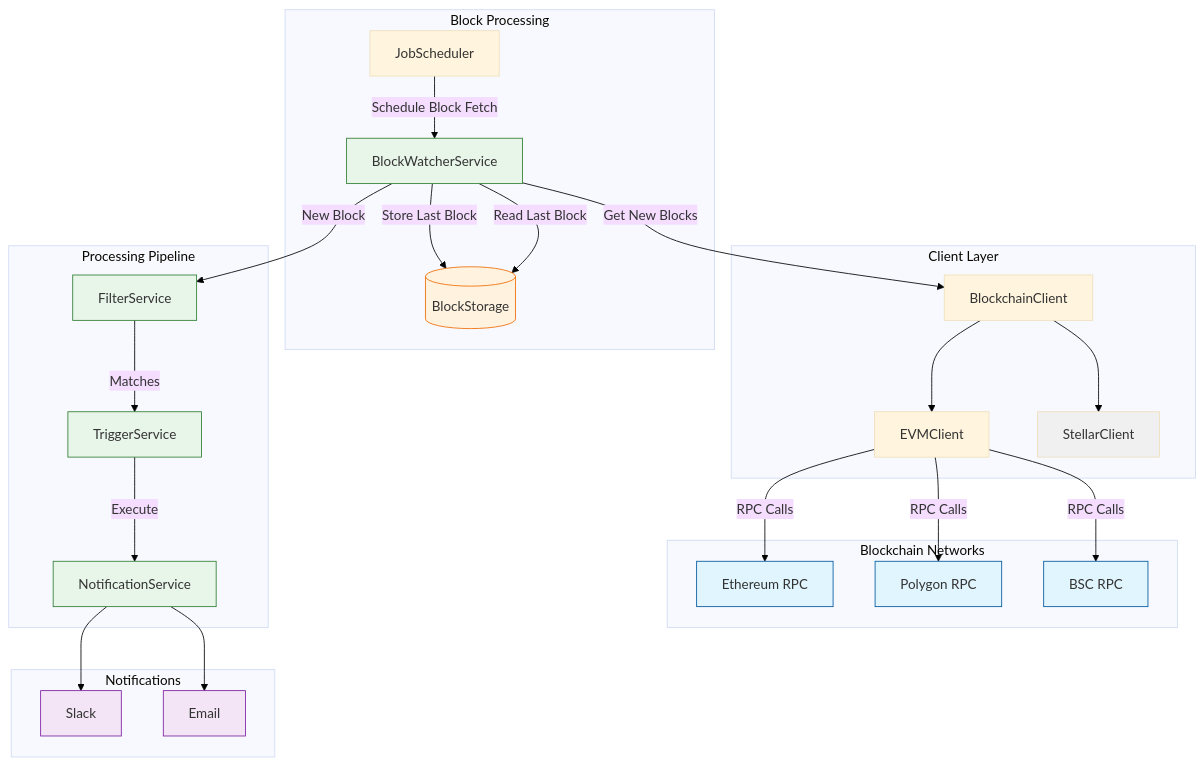
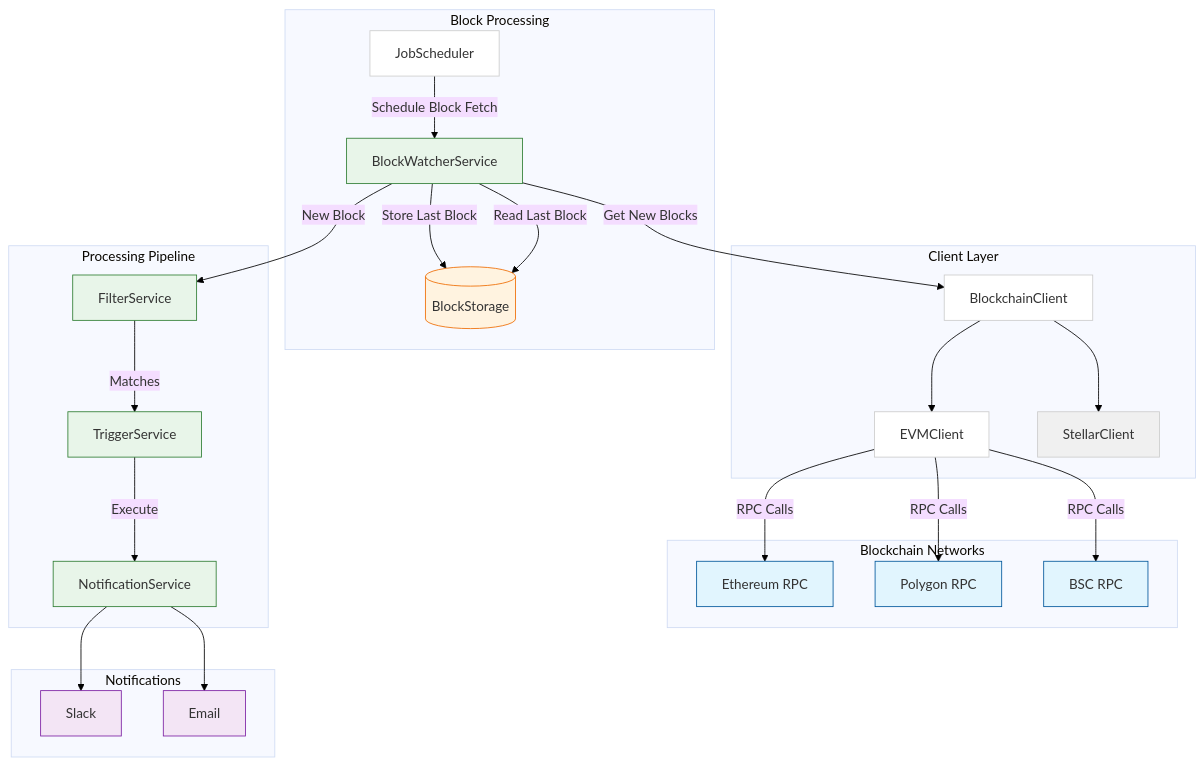
The diagram in README.md (OpenZeppelin/openzeppelin-monitor), drawn with Mermaid before and after one commit.

Commit message:
docs: add bg to graph

````diff
--- a/README.md
+++ b/README.md
@@ -7,64 +7,71 @@
 ```mermaid
-%%{init: {'theme': 'base', 'themeVariables': { 'background': '#ffffff' }}}%%
+%%{init: {
+    'theme': 'base',
+    'themeVariables': {
+        'background': '#ffffff',
+        'mainBkg': '#ffffff',
+        'primaryBorderColor': '#cccccc'
+    }
+}}%%
 graph TD
     subgraph Blockchain Networks
         ETH[Ethereum RPC]
         POL[Polygon RPC]
         BSC[BSC RPC]
     end
 
     subgraph Block Processing
         BW[BlockWatcherService]
         BS[(BlockStorage)]
         JS[JobScheduler]
     end
 
     subgraph Client Layer
         BC[BlockchainClient]
         EVM[EVMClient]
         STL[StellarClient]
     end
 
     subgraph Processing Pipeline
         FS[FilterService]
         TS[TriggerService]
         NS[NotificationService]
     end
 
     subgraph Notifications
         Slack
         Email
     end
 
     %% Block Processing Flow
     JS -->|Schedule Block Fetch| BW
     BW -->|Store Last Block| BS
     BW -->|Read Last Block| BS
     BW -->|Get New Blocks| BC
 
     %% Client Connections
     BC --> EVM
     BC --> STL
     EVM -->|RPC Calls| ETH
     EVM -->|RPC Calls| POL
     EVM -->|RPC Calls| BSC
 
     %% Processing Flow
     BW -->|New Block| FS
     FS -->|Matches| TS
     TS -->|Execute| NS
     NS --> Slack
     NS --> Email
 
     style STL fill:#f0f0f0
 
     classDef rpc fill:#e1f5fe,stroke:#01579b
     classDef storage fill:#fff3e0,stroke:#ef6c00
     classDef service fill:#e8f5e9,stroke:#2e7d32
     classDef notification fill:#f3e5f5,stroke:#7b1fa2
 
     class ETH,POL,BSC rpc
     class BS storage
     class BW,FS,TS,NS service
     class Slack,Email notification
 ```
````
